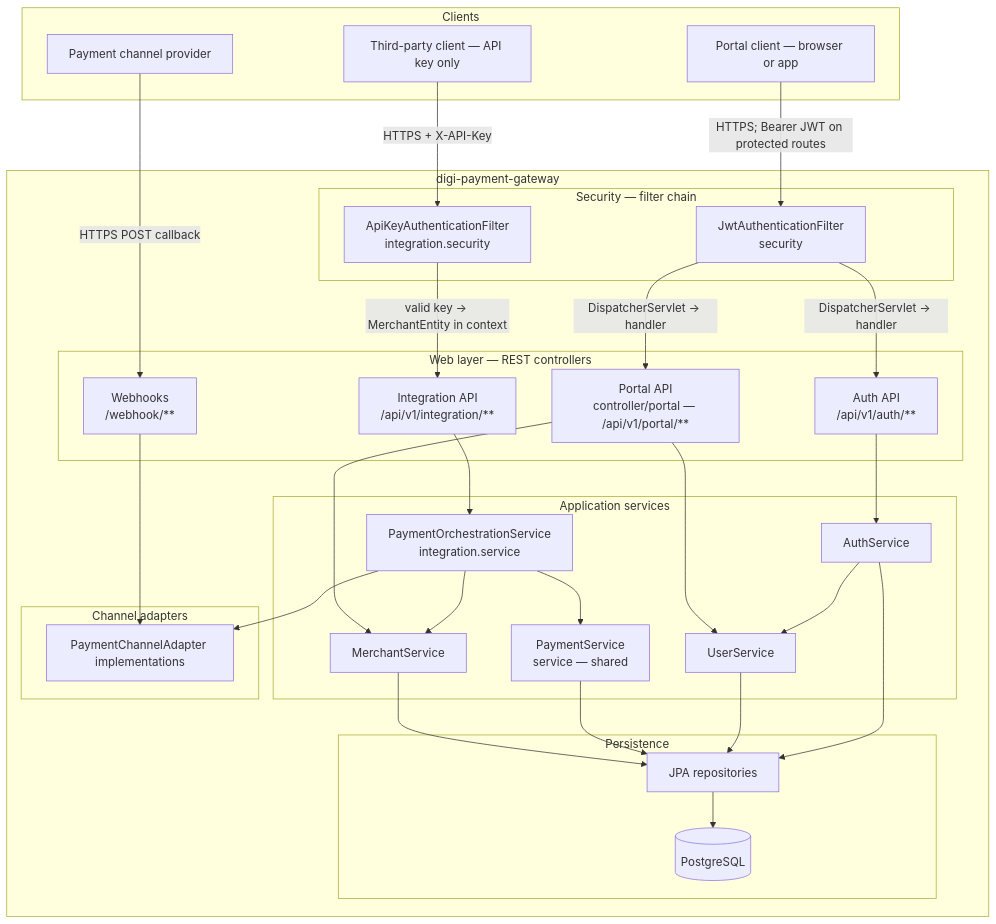
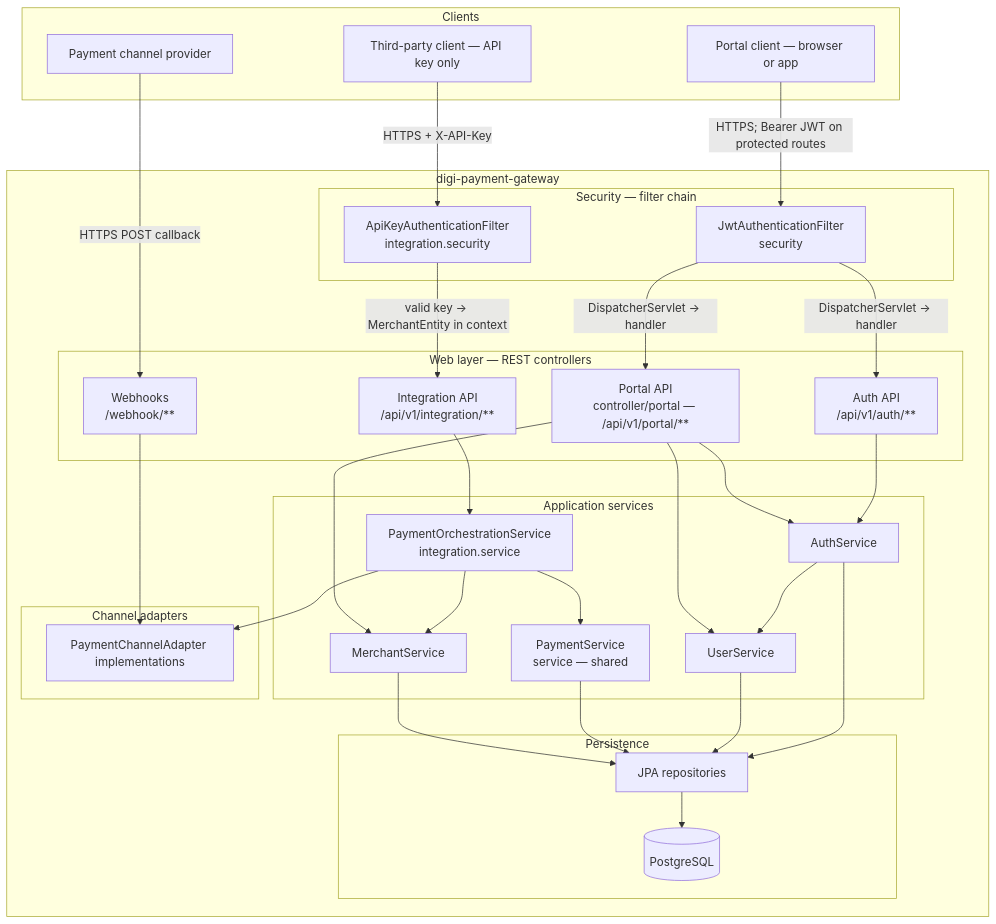
One commit to runalb/digi-payment-gateway changed the first of 2 diagrams in docs/ARCHITECTURE.md. Above: the diagram before and after it, drawn with Mermaid. The commit also changed other lines of this file and 2 other files, not shown here.

````diff
--- a/docs/ARCHITECTURE.md
+++ b/docs/ARCHITECTURE.md
@@ -59,60 +60,61 @@
 ```mermaid
 flowchart TB
     subgraph clients [Clients]
         MerchantBackend[Third-party client — API key only]
         PortalClient[Portal client — browser or app]
         PaymentChannel[Payment channel provider]
     end
 
     subgraph app [digi-payment-gateway]
         subgraph sec [Security — filter chain]
             ApiKey[ApiKeyAuthenticationFilter<br/>integration.security]
             Jwt[JwtAuthenticationFilter<br/>security]
         end
         subgraph web [Web layer — REST controllers]
             IntCtrl["Integration API<br/>/api/v1/integration/**"]
             PortalCtrl["Portal API<br/>controller/portal — /api/v1/portal/**"]
             AuthCtrl["Auth API<br/>/api/v1/auth/**"]
             WhCtrl["Webhooks<br/>/webhook/**"]
         end
         subgraph domain [Application services]
             Orch[PaymentOrchestrationService<br/>integration.service]
             PaySvc[PaymentService<br/>service — shared]
             MerchSvc[MerchantService]
             UserSvc[UserService]
             AuthSvc[AuthService]
         end
         subgraph adapters [Channel adapters]
             PCA[PaymentChannelAdapter implementations]
         end
         subgraph data [Persistence]
             Repo[JPA repositories]
             PG[(PostgreSQL)]
         end
     end
 
     MerchantBackend -->|HTTPS + X-API-Key| ApiKey
     ApiKey -->|valid key → MerchantEntity in context| IntCtrl
 
     PortalClient -->|HTTPS; Bearer JWT on protected routes| Jwt
     Jwt -->|DispatcherServlet → handler| PortalCtrl
     Jwt -->|DispatcherServlet → handler| AuthCtrl
 
     PaymentChannel -->|HTTPS POST callback| WhCtrl
 
     IntCtrl --> Orch
     PortalCtrl --> MerchSvc
     PortalCtrl --> UserSvc
+    PortalCtrl --> AuthSvc
     AuthCtrl --> AuthSvc
     WhCtrl --> PCA
 
     Orch --> MerchSvc
     Orch --> PaySvc
     Orch --> PCA
     AuthSvc --> UserSvc
     MerchSvc --> Repo
     PaySvc --> Repo
     UserSvc --> Repo
     AuthSvc --> Repo
     Repo --> PG
 ```
````
